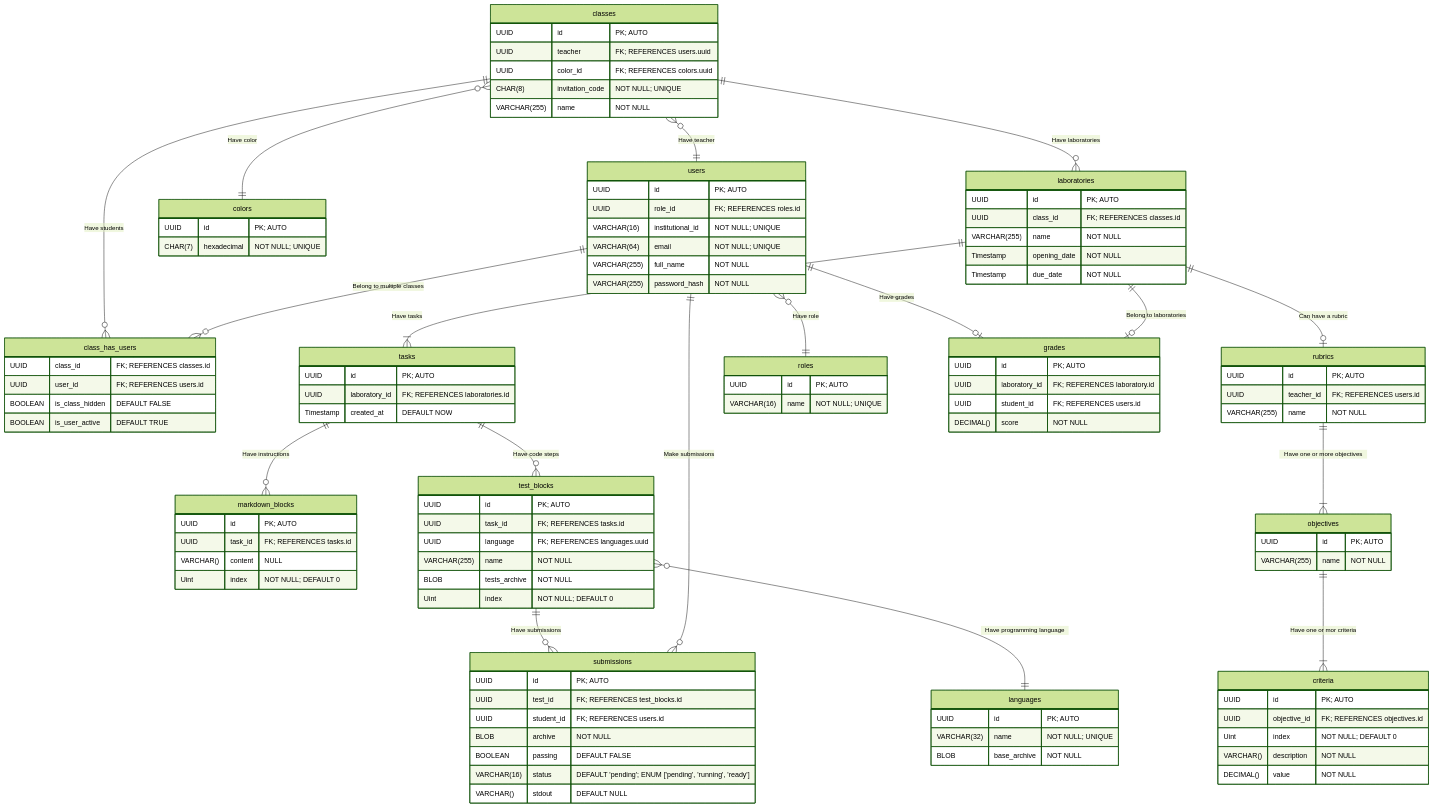
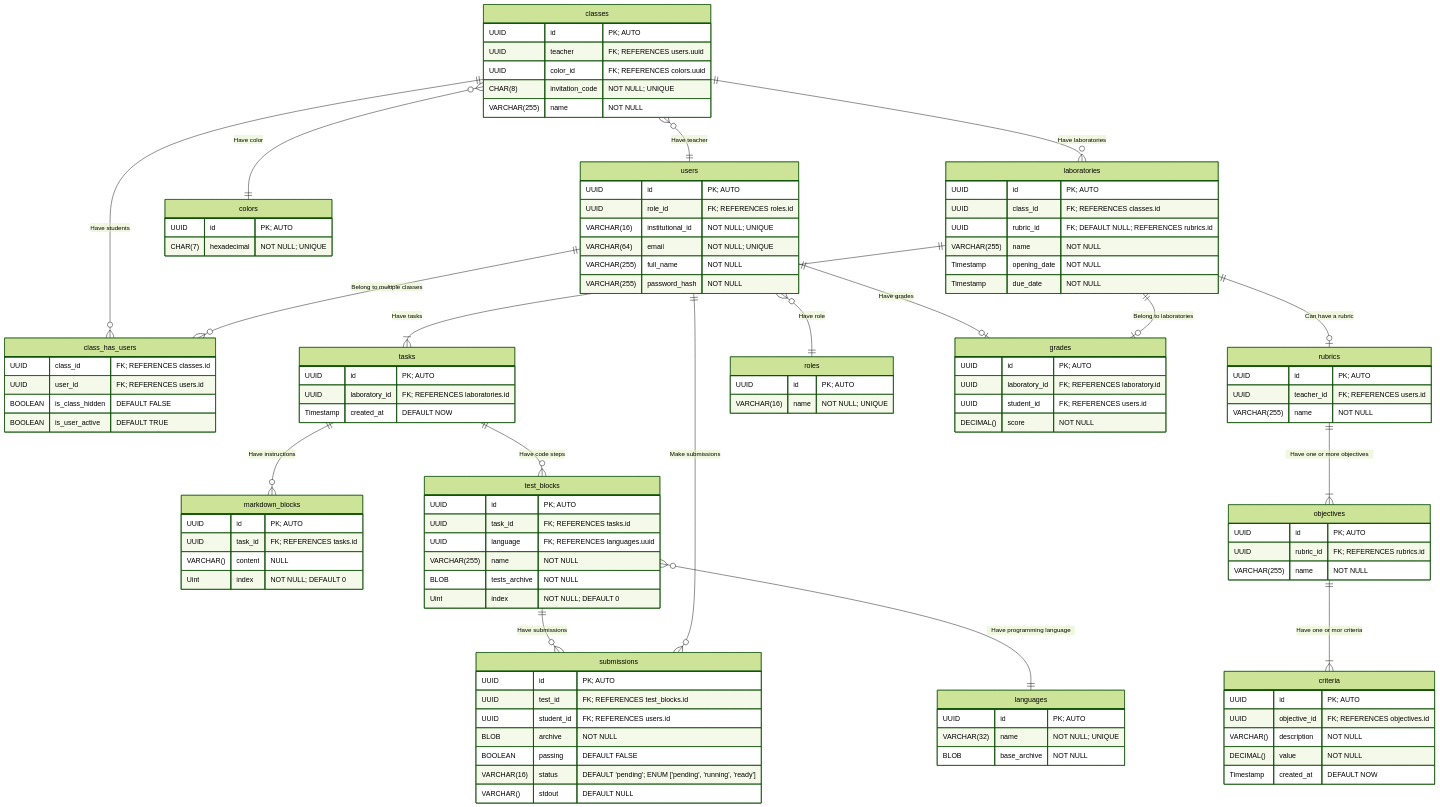
One commit to upb-code-labs/docs changed the diagram in database/diagram.md. Above: the diagram before and after it, drawn with Mermaid (forest theme). The commit also changed other lines of this file and 2 other files, not shown here.

Commit message:
docs: Update database diagrams (#6)
* docs(db): Update ER diagram

* docs(db): Add query to count the passing tests of an student

* docs(db): Add view to track students advancements

* docs(db): Add query to count the number of tests in a laboratory

* docs(db): Add query to get the students enrolled in a class

```diff
--- a/database/diagram.md
+++ b/database/diagram.md
@@ -6,7 +6,7 @@
     classes }o--|| colors:              "Have color"
     classes ||--o{ class_has_users:     "Have students"
     classes ||--o{ laboratories:        "Have laboratories"
-    
+
     laboratories ||--|{	tasks:          "Have tasks"
     laboratories ||--o|	rubrics:        "Can have a rubric"
 
@@ -20,7 +20,7 @@
     users ||--o| grades:                "Have grades"
     users ||--o{ submissions:           "Make submissions"
     users ||--o{ class_has_users:       "Belong to multiple classes"
-    
+
     rubrics ||--|{	objectives:         "Have one or more objectives"
     objectives ||--|{ criteria:         "Have one or mor criteria"
     laboratories ||--o| grades:         "Belong to laboratories"
@@ -63,6 +63,7 @@
     laboratories {
         UUID                id              "PK; AUTO"
         UUID                class_id        "FK; REFERENCES classes.id"
+        UUID                rubric_id       "FK; DEFAULT NULL; REFERENCES rubrics.id"
         VARCHAR(255)        name            "NOT NULL"
         Timestamp           opening_date    "NOT NULL"
         Timestamp           due_date        "NOT NULL"
@@ -114,15 +115,16 @@
 
     objectives {
         UUID            id              "PK; AUTO"
+        UUID            rubric_id       "FK; REFERENCES rubrics.id"
         VARCHAR(255)    name            "NOT NULL"
     }
 
     criteria {
         UUID                id              "PK; AUTO"
         UUID                objective_id    "FK; REFERENCES objectives.id"
-        Uint                index           "NOT NULL; DEFAULT 0"
         VARCHAR()           description     "NOT NULL"
         DECIMAL()           value           "NOT NULL"
+        Timestamp   created_at      "DEFAULT NOW"
     }
 
     grades {
```
